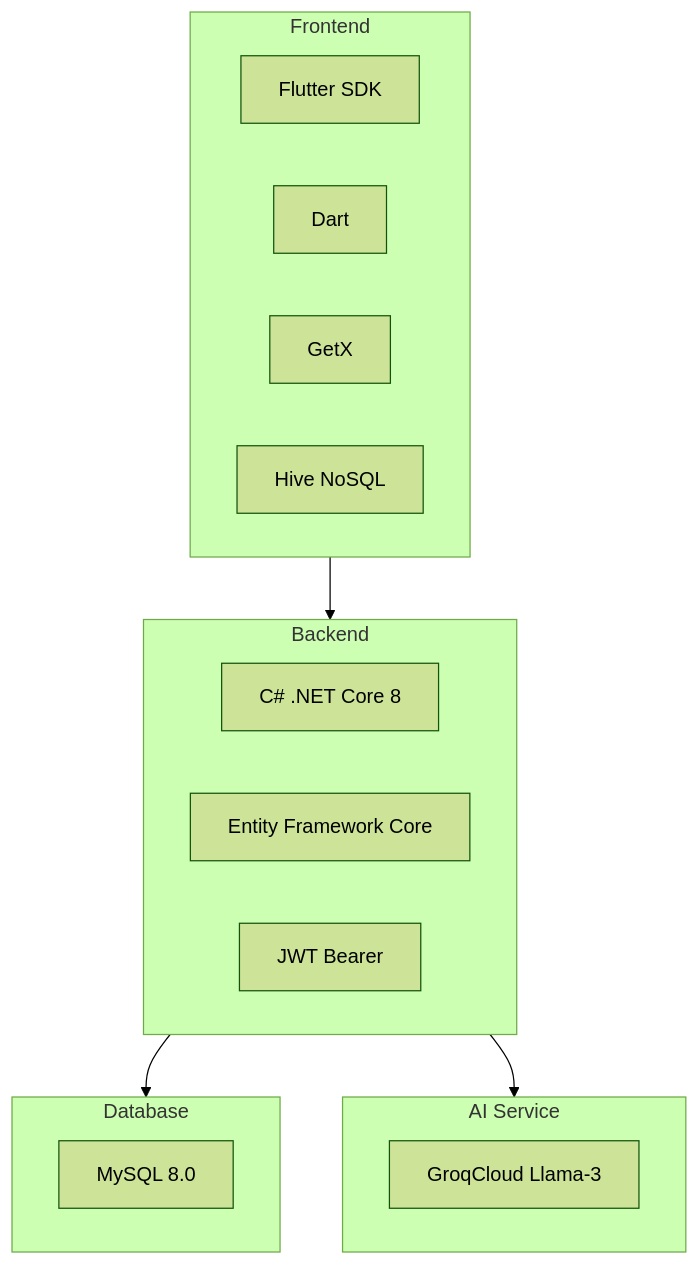
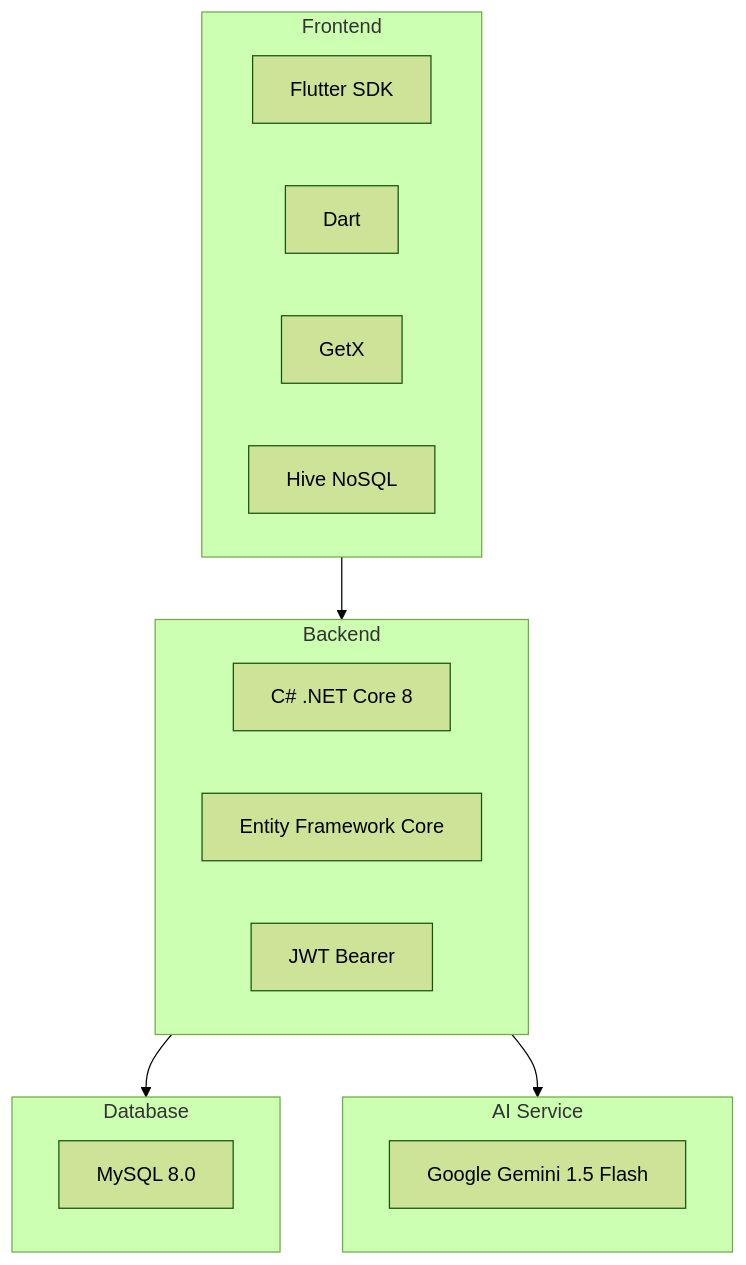
One commit to mediaibuitems-ui/Medi-AI_B_F changed diagram 20 of 20 in Medi_AI_Backend_railway/thesis/Medi-AI_Thesis.md. Above: the diagram before and after it, drawn with Mermaid (forest theme). The commit also changed other lines of this file, not shown here.

Commit message:
fix: replace all GroqCloud/Llama-3 with Google Gemini 1.5 Flash (confirmed active Railway API key); fix SmarterASP -> Railway in tech stack; fix AI route /api/AI/analyze -> /api/analyzer/evaluate throughout thesis

````diff
--- a/Medi_AI_Backend_railway/thesis/Medi-AI_Thesis.md
+++ b/Medi_AI_Backend_railway/thesis/Medi-AI_Thesis.md
@@ -975,23 +973,23 @@
 ```mermaid
 flowchart TD
     subgraph Frontend [Frontend]
         F[Flutter SDK]
         D[Dart]
         G[GetX]
         H[Hive NoSQL]
     end
     subgraph Backend [Backend]
         C[C# .NET Core 8]
         E[Entity Framework Core]
         J[JWT Bearer]
     end
     subgraph Database [Database]
         M[MySQL 8.0]
     end
     subgraph AIService [AI Service]
-        L[GroqCloud Llama-3]
+        L[Google Gemini 1.5 Flash]
     end
     Frontend --> Backend
     Backend --> Database
     Backend --> AIService
 ```
````
